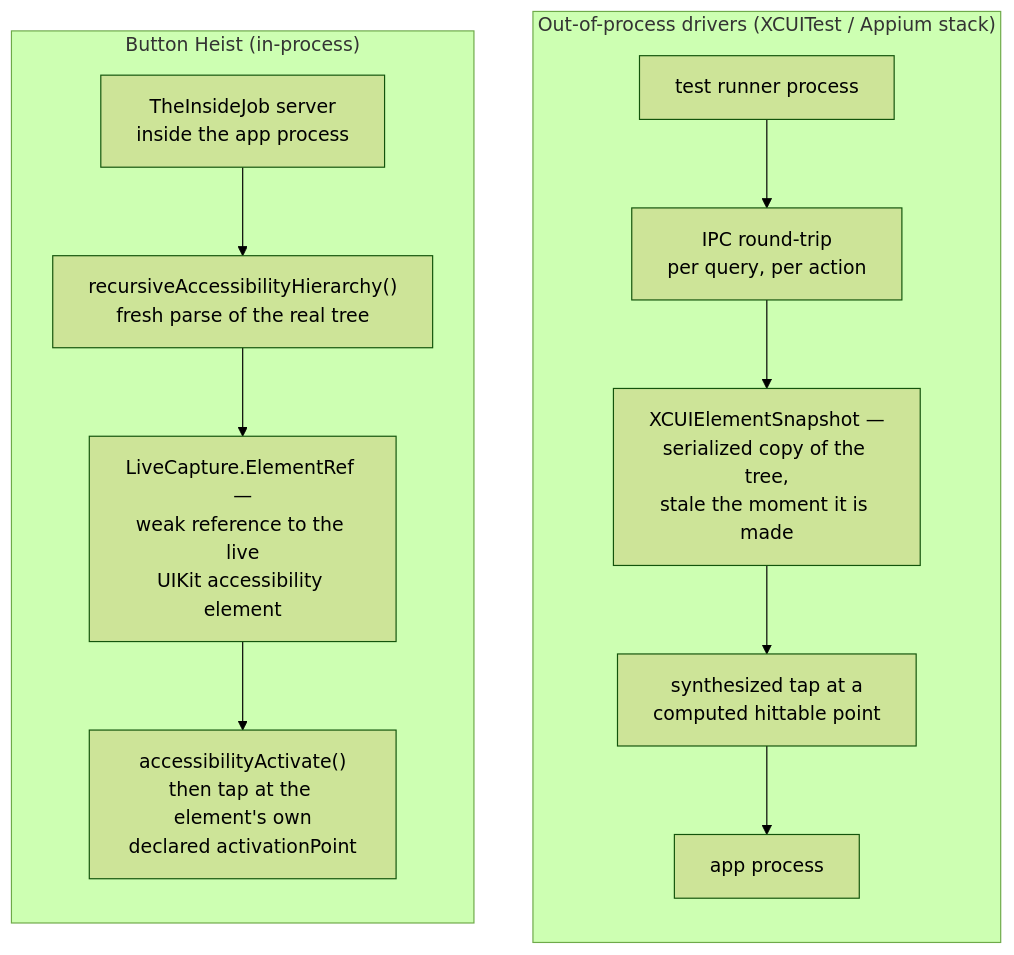
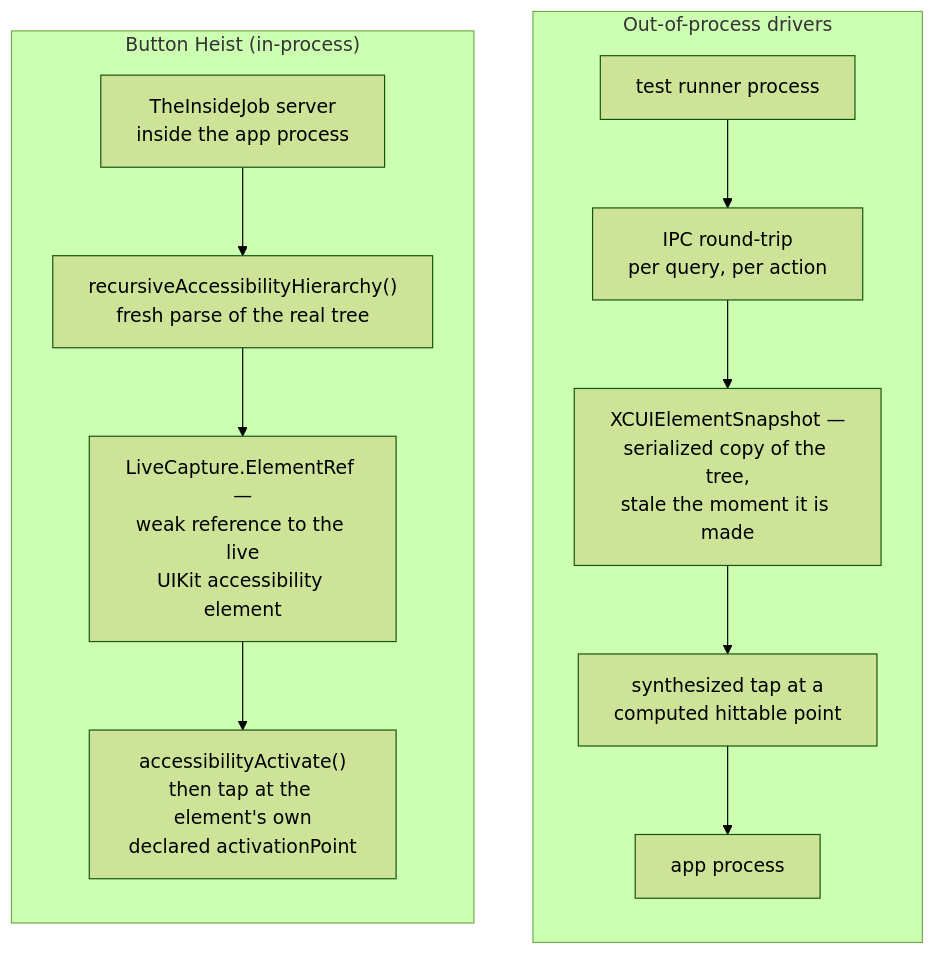
Before and after one commit to RoyalPineapple/TheButtonHeist: the diagram in docs/diagrams/process-boundaries.md, drawn with Mermaid (forest theme). The commit also changed 5 other files, not shown here.

First line of the commit message:
Polish diagram layouts after visual render review

````diff
--- a/docs/diagrams/process-boundaries.md
+++ b/docs/diagrams/process-boundaries.md
@@ -8,26 +8,26 @@
 ```mermaid
 flowchart TD
-    subgraph oop["Out-of-process drivers (XCUITest / Appium stack)"]
+    subgraph oop["Out-of-process drivers"]
         direction TB
         TESTPROC["test runner process"]
         IPC["IPC round-trip<br/>per query, per action"]
         SNAP["XCUIElementSnapshot —<br/>serialized copy of the tree,<br/>stale the moment it is made"]
         SYNTH["synthesized tap at a<br/>computed hittable point"]
         APPA["app process"]
         TESTPROC --> IPC
         IPC --> SNAP
         SNAP --> SYNTH
         SYNTH --> APPA
     end
 
     subgraph inproc["Button Heist (in-process)"]
         direction TB
         SERVER2["TheInsideJob server<br/>inside the app process"]
         PARSE2["recursiveAccessibilityHierarchy()<br/>fresh parse of the real tree"]
         REF["LiveCapture.ElementRef —<br/>weak reference to the live<br/>UIKit accessibility element"]
         ACTIVATE["accessibilityActivate()<br/>then tap at the element's own<br/>declared activationPoint"]
         SERVER2 --> PARSE2
         PARSE2 --> REF
         REF --> ACTIVATE
     end
 ```
````
